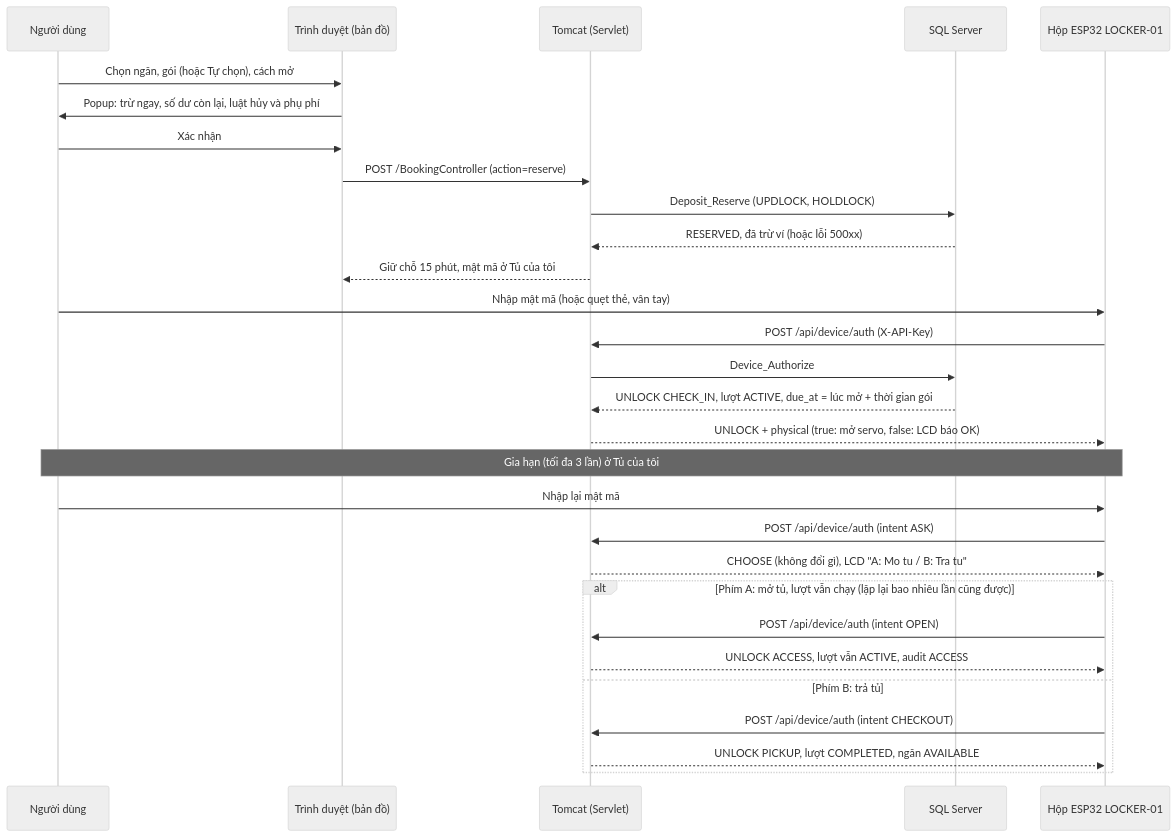
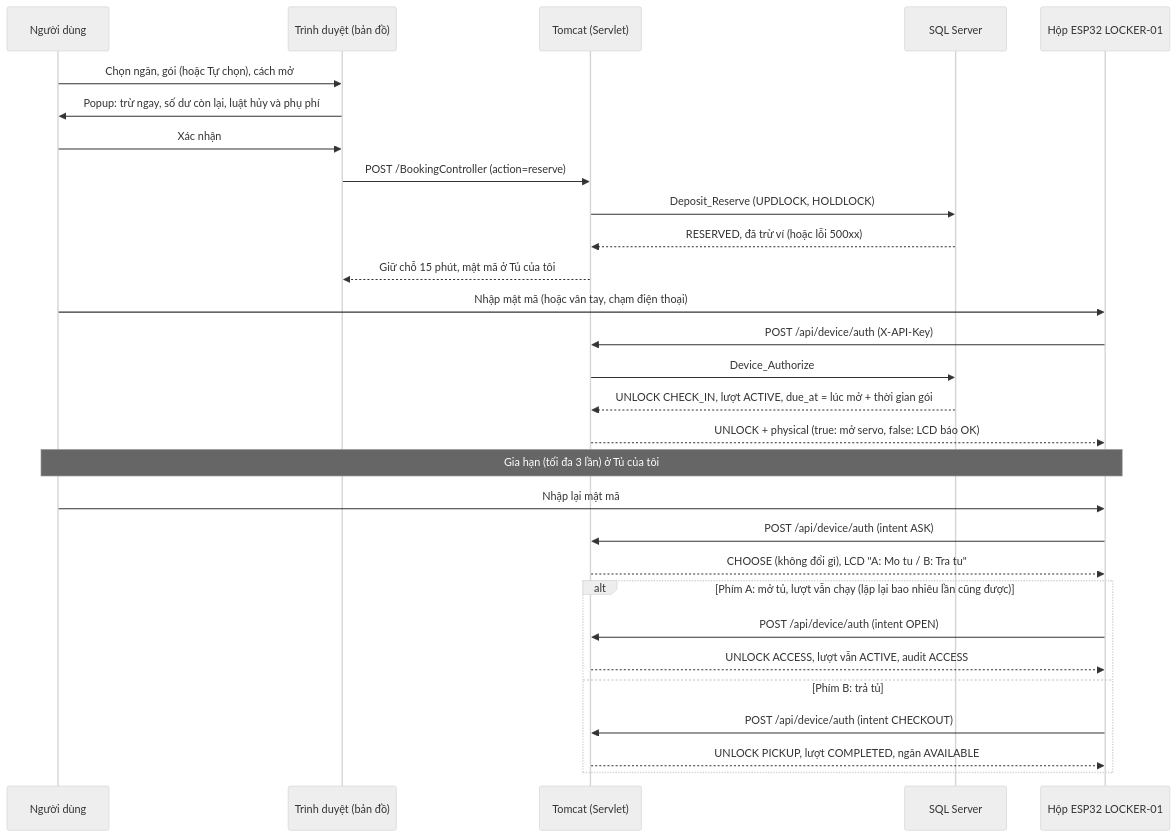
One commit to HoangDuc1003/SmartLocker changed the first of 4 diagrams in README.md. Above: the diagram before and after it, drawn with Mermaid (neutral theme). The commit also changed other lines of this file and 69 other files, not shown here.

````diff
--- a/README.md
+++ b/README.md
@@ -299,32 +309,32 @@
 ```mermaid
 sequenceDiagram
     participant U as Người dùng
     participant W as Trình duyệt (bản đồ)
     participant S as Tomcat (Servlet)
     participant D as SQL Server
     participant B as Hộp ESP32 LOCKER-01
 
     U->>W: Chọn ngăn, gói (hoặc Tự chọn), cách mở
     W->>U: Popup: trừ ngay, số dư còn lại, luật hủy và phụ phí
     U->>W: Xác nhận
     W->>S: POST /BookingController (action=reserve)
     S->>D: Deposit_Reserve (UPDLOCK, HOLDLOCK)
     D-->>S: RESERVED, đã trừ ví (hoặc lỗi 500xx)
     S-->>W: Giữ chỗ 15 phút, mật mã ở Tủ của tôi
-    U->>B: Nhập mật mã (hoặc quẹt thẻ, vân tay)
+    U->>B: Nhập mật mã (hoặc vân tay, chạm điện thoại)
     B->>S: POST /api/device/auth (X-API-Key)
     S->>D: Device_Authorize
     D-->>S: UNLOCK CHECK_IN, lượt ACTIVE, due_at = lúc mở + thời gian gói
     S-->>B: UNLOCK + physical (true: mở servo, false: LCD báo OK)
     Note over U,B: Gia hạn (tối đa 3 lần) ở Tủ của tôi
     U->>B: Nhập lại mật mã
     B->>S: POST /api/device/auth (intent ASK)
     S-->>B: CHOOSE (không đổi gì), LCD "A: Mo tu / B: Tra tu"
     alt Phím A: mở tủ, lượt vẫn chạy (lặp lại bao nhiêu lần cũng được)
         B->>S: POST /api/device/auth (intent OPEN)
         S-->>B: UNLOCK ACCESS, lượt vẫn ACTIVE, audit ACCESS
     else Phím B: trả tủ
         B->>S: POST /api/device/auth (intent CHECKOUT)
         S-->>B: UNLOCK PICKUP, lượt COMPLETED, ngăn AVAILABLE
     end
 ```
````
